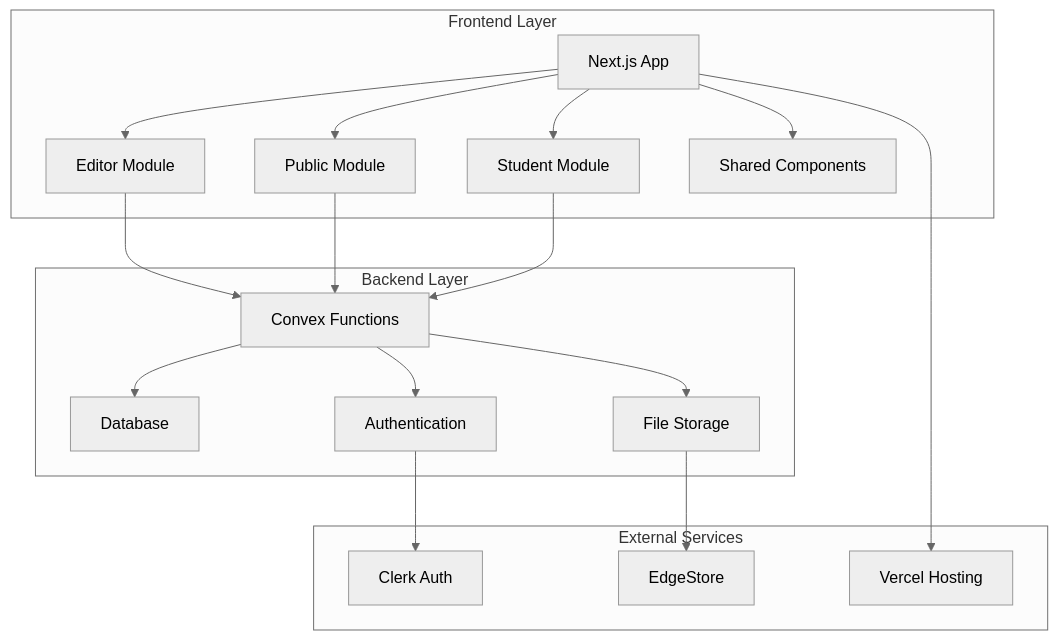
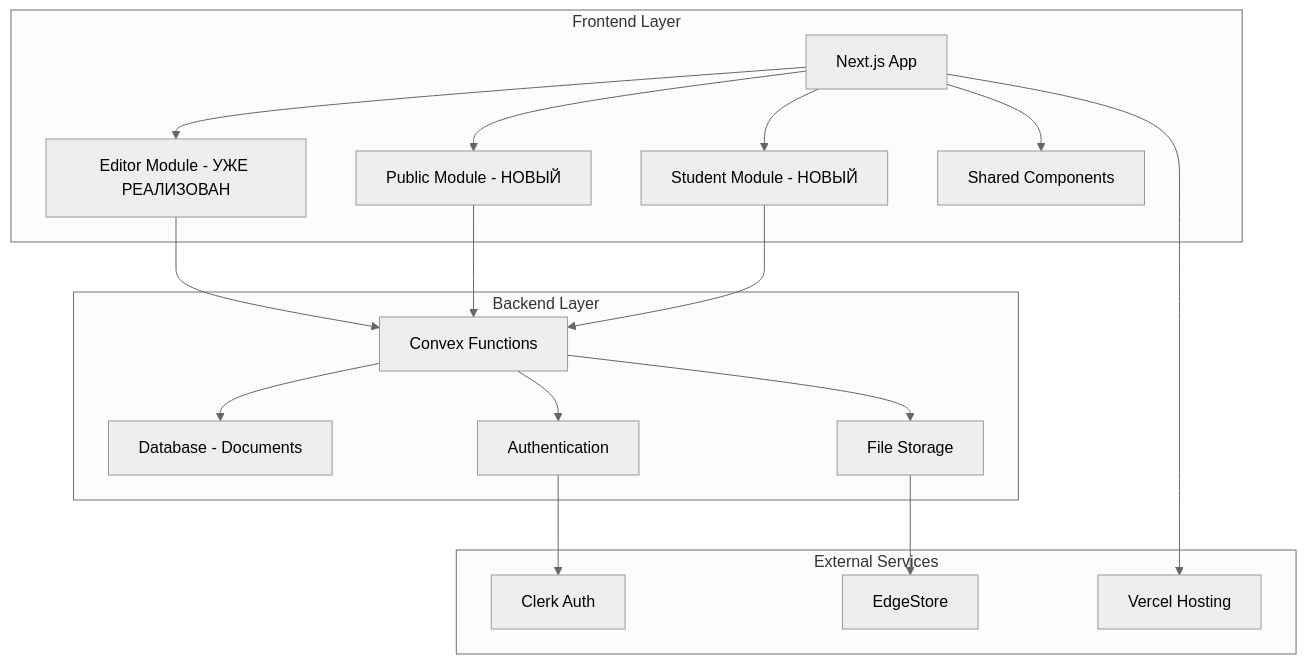
Before and after one commit to a1x02/BiGOR_2.0: the first of 11 diagrams in ARCHITECTURE_DIAGRAM.md, drawn with Mermaid (neutral theme). The commit also changed other lines of this file and 4 other files, not shown here.

````diff
--- a/ARCHITECTURE_DIAGRAM.md
+++ b/ARCHITECTURE_DIAGRAM.md
@@ -5,28 +5,28 @@
 ```mermaid
 graph TB
     subgraph "Frontend Layer"
-        A[Next.js App] --> B[Editor Module]
-        A --> C[Public Module]
-        A --> D[Student Module]
+        A[Next.js App] --> B[Editor Module - УЖЕ РЕАЛИЗОВАН]
+        A --> C[Public Module - НОВЫЙ]
+        A --> D[Student Module - НОВЫЙ]
         A --> E[Shared Components]
     end
 
     subgraph "Backend Layer"
-        F[Convex Functions] --> G[Database]
+        F[Convex Functions] --> G[Database - Documents]
         F --> H[File Storage]
         F --> I[Authentication]
     end
 
     subgraph "External Services"
         J[Clerk Auth]
         K[EdgeStore]
         L[Vercel Hosting]
     end
 
     B --> F
     C --> F
     D --> F
     I --> J
     H --> K
     A --> L
 ```
````
